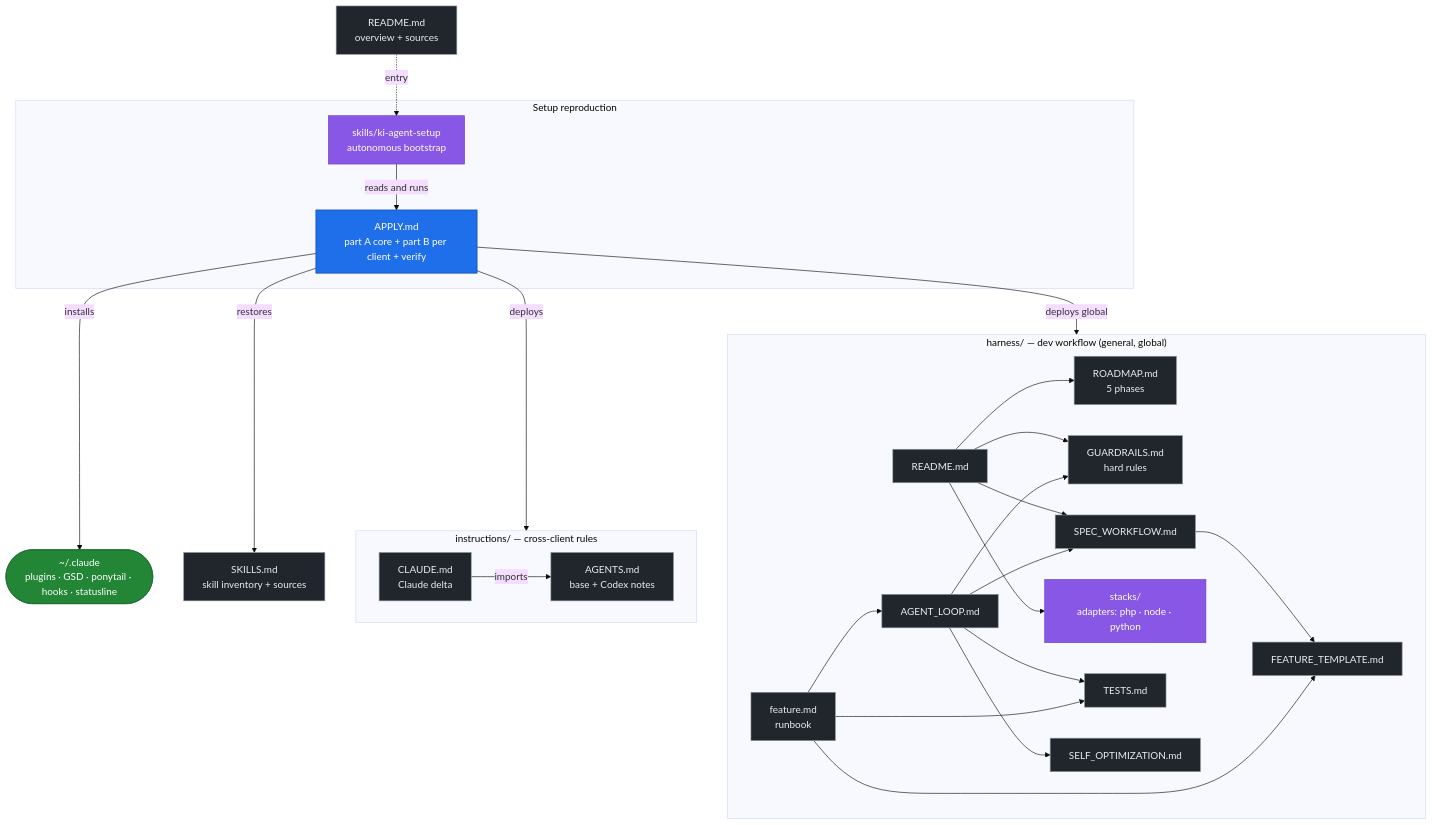
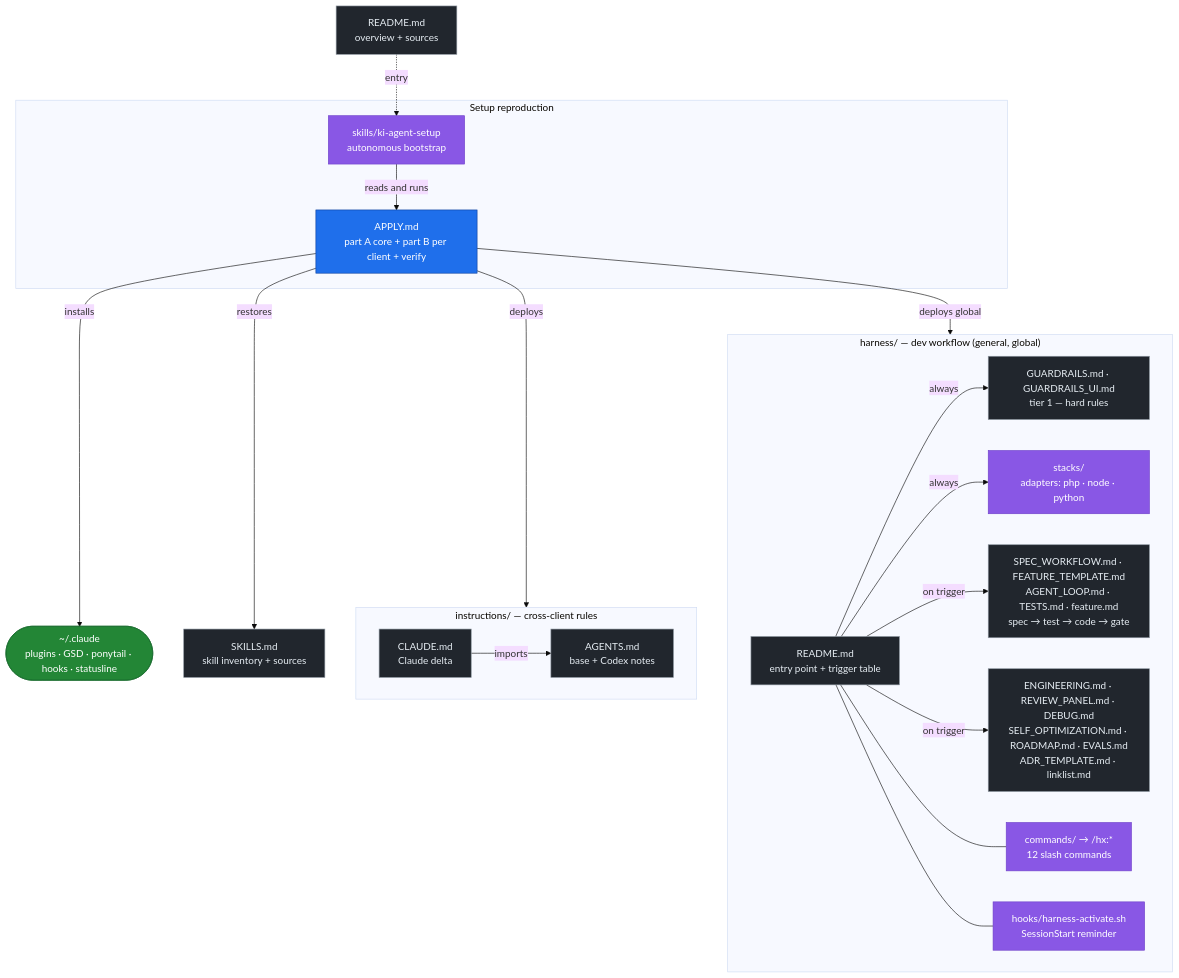
Before and after one commit to derivo/ki-agent-setup: the diagram in README.en.md, drawn with Mermaid (base theme). The commit also changed other lines of this file and 2 other files, not shown here.

````diff
--- a/README.en.md
+++ b/README.en.md
@@ -145,47 +156,43 @@
 ```mermaid
 flowchart TD
     README["README.md<br/>overview + sources"]:::doc
 
     subgraph SETUP[" Setup reproduction "]
         SKILL["skills/ki-agent-setup<br/>autonomous bootstrap"]:::skill
         APPLY["APPLY.md<br/>part A core + part B per client + verify"]:::core
         SKILL -->|reads and runs| APPLY
     end
 
     subgraph INSTR[" instructions/ — cross-client rules "]
         AGENTS["AGENTS.md<br/>base + Codex notes"]:::doc
         CLAUDE["CLAUDE.md<br/>Claude delta"]:::doc
         CLAUDE -->|imports| AGENTS
     end
 
     SKILLS["SKILLS.md<br/>skill inventory + sources"]:::doc
     TOOLS(["~/.claude<br/>plugins · GSD · ponytail · hooks · statusline"]):::target
 
     subgraph HARN[" harness/ — dev workflow (general, global) "]
-        HREADME["README.md"]:::doc
-        ROADMAP["ROADMAP.md<br/>5 phases"]:::doc
-        GUARD["GUARDRAILS.md<br/>hard rules"]:::doc
-        SPECW["SPEC_WORKFLOW.md"]:::doc
-        FEATT["FEATURE_TEMPLATE.md"]:::doc
-        TESTS["TESTS.md"]:::doc
-        LOOP["AGENT_LOOP.md"]:::doc
-        SELF["SELF_OPTIMIZATION.md"]:::doc
-        FEAT["feature.md<br/>runbook"]:::doc
+        HREADME["README.md<br/>entry point + trigger table"]:::doc
+        GUARD["GUARDRAILS.md · GUARDRAILS_UI.md<br/>tier 1 — hard rules"]:::doc
         PHPAD["stacks/<br/>adapters: php · node · python"]:::skill
-        HREADME --> ROADMAP & GUARD & SPECW & PHPAD
-        SPECW --> FEATT
-        LOOP --> GUARD & TESTS & SPECW & SELF
-        FEAT --> LOOP & FEATT & TESTS
+        FLOW["SPEC_WORKFLOW.md · FEATURE_TEMPLATE.md<br/>AGENT_LOOP.md · TESTS.md · feature.md<br/>spec → test → code → gate"]:::doc
+        REF["ENGINEERING.md · REVIEW_PANEL.md · DEBUG.md<br/>SELF_OPTIMIZATION.md · ROADMAP.md · EVALS.md<br/>ADR_TEMPLATE.md · linklist.md"]:::doc
+        CMDS["commands/ → /hx:*<br/>12 slash commands"]:::skill
+        HHOOK["hooks/harness-activate.sh<br/>SessionStart reminder"]:::skill
+        HREADME -->|always| GUARD & PHPAD
+        HREADME -->|on trigger| FLOW & REF
+        HREADME --- CMDS & HHOOK
     end
 
     README -. entry .-> SKILL
     APPLY -->|deploys| INSTR
     APPLY -->|installs| TOOLS
     APPLY -->|restores| SKILLS
     APPLY -->|deploys global| HARN
 
     classDef core fill:#1f6feb,stroke:#0d419d,color:#fff;
     classDef skill fill:#8957e5,stroke:#6e40c9,color:#fff;
     classDef doc fill:#21262d,stroke:#8b949e,color:#e6edf3;
     classDef target fill:#238636,stroke:#196c2e,color:#fff;
 ```
````
